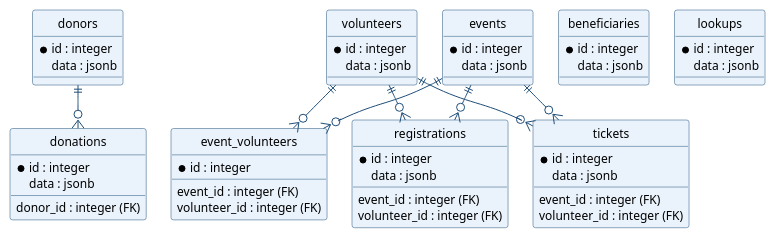
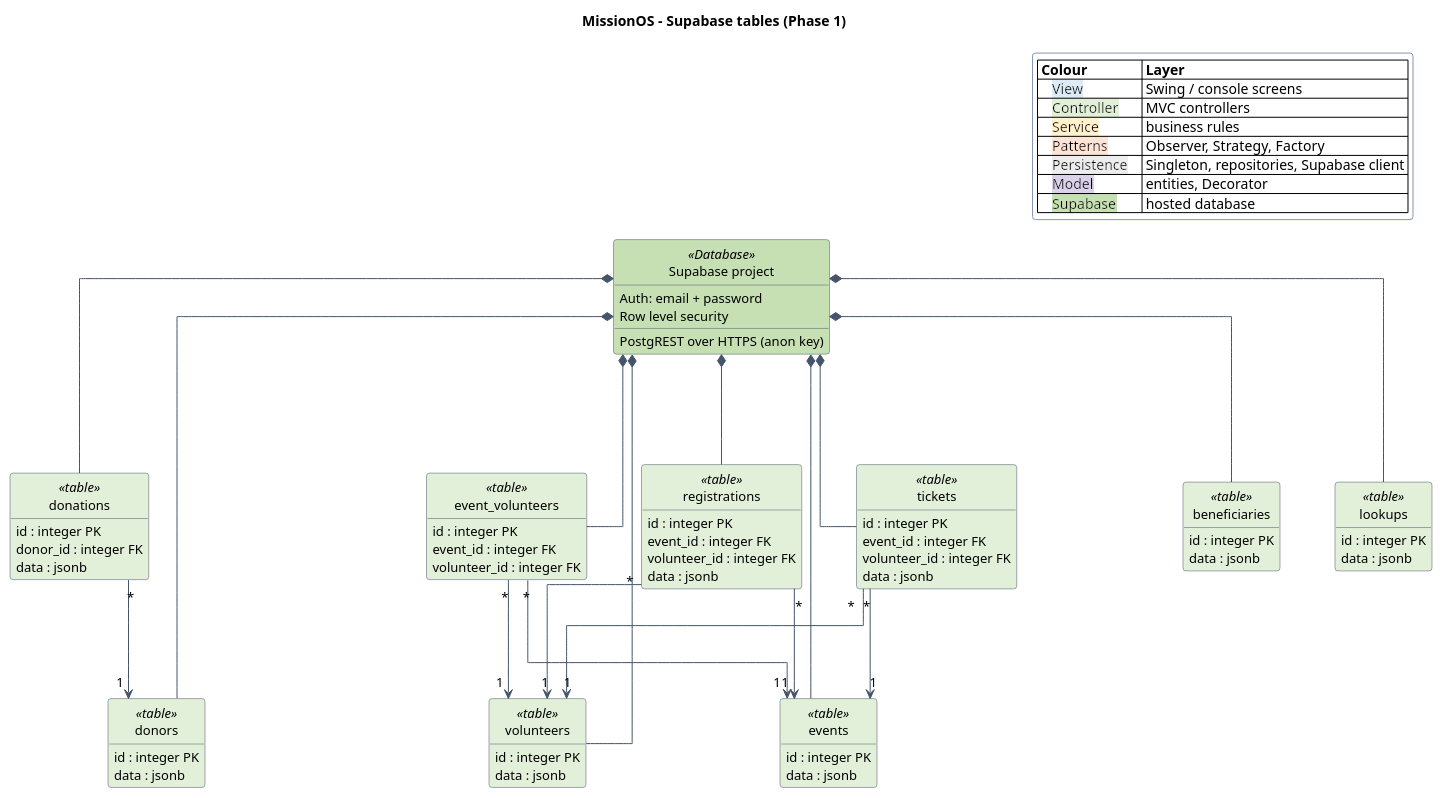
One commit to Zeyad88Gowaily/Design-Patterns-Project changed the diagram in docs/diagrams/database-tables.puml. Above: the diagram before and after it, drawn with PlantUML. The commit also changed 12 other files, not shown here.

Commit message:
Match sub diagrams to the full diagram, update SRS, remove extra markdown files

```diff
--- a/docs/diagrams/database-tables.puml
+++ b/docs/diagrams/database-tables.puml
@@ -1,60 +1,93 @@
 @startuml
+title MissionOS - Supabase tables (Phase 1)
 skinparam shadowing false
 skinparam defaultFontName Calibri
-skinparam defaultFontSize 12
-skinparam nodesep 25
-skinparam ranksep 35
-skinparam ClassBackgroundColor #EAF3FB
-skinparam ClassBorderColor #1F4E79
-skinparam ArrowColor #1F4E79
+skinparam defaultFontSize 13
+skinparam classAttributeIconSize 0
+skinparam roundCorner 6
+skinparam nodesep 55
+skinparam ranksep 110
+skinparam linetype ortho
+skinparam ArrowColor #44546A
+skinparam ClassBorderColor #44546A
+skinparam LegendBackgroundColor #FFFFFF
+skinparam LegendBorderColor #8497B0
 hide circle
-entity donors {
-  *id : integer
+hide empty members
+
+legend top right
+  |= Colour |= Layer |
+  | <back:#DDEBF7>   View   </back> | Swing / console screens |
+  | <back:#E2F0D9>   Controller   </back> | MVC controllers |
+  | <back:#FFF2CC>   Service   </back> | business rules |
+  | <back:#FCE4D6>   Patterns   </back> | Observer, Strategy, Factory |
+  | <back:#EDEDED>   Persistence   </back> | Singleton, repositories, Supabase client |
+  | <back:#D9D2E9>   Model   </back> | entities, Decorator |
+  | <back:#C6E0B4>   Supabase   </back> | hosted database |
+endlegend
+
+class "Supabase project" as Supabase <<Database>> #C6E0B4 {
+  Auth: email + password
+  PostgREST over HTTPS (anon key)
+  Row level security
+}
+class "donors" as T_donors <<table>> #E2F0D9 {
+  id : integer PK
   data : jsonb
 }
-entity donations {
-  *id : integer
-  donor_id : integer (FK)
+class "donations" as T_donations <<table>> #E2F0D9 {
+  id : integer PK
+  donor_id : integer FK
   data : jsonb
 }
-entity volunteers {
-  *id : integer
+class "volunteers" as T_volunteers <<table>> #E2F0D9 {
+  id : integer PK
   data : jsonb
 }
-entity events {
-  *id : integer
+class "events" as T_events <<table>> #E2F0D9 {
+  id : integer PK
   data : jsonb
 }
-entity event_volunteers {
-  *id : integer
-  event_id : integer (FK)
-  volunteer_id : integer (FK)
+class "event_volunteers" as T_event_volunteers <<table>> #E2F0D9 {
+  id : integer PK
+  event_id : integer FK
+  volunteer_id : integer FK
 }
-entity registrations {
-  *id : integer
-  event_id : integer (FK)
-  volunteer_id : integer (FK)
+class "registrations" as T_registrations <<table>> #E2F0D9 {
+  id : integer PK
+  event_id : integer FK
+  volunteer_id : integer FK
   data : jsonb
 }
-entity tickets {
-  *id : integer
-  event_id : integer (FK)
-  volunteer_id : integer (FK)
+class "tickets" as T_tickets <<table>> #E2F0D9 {
+  id : integer PK
+  event_id : integer FK
+  volunteer_id : integer FK
   data : jsonb
 }
-entity beneficiaries {
-  *id : integer
+class "beneficiaries" as T_beneficiaries <<table>> #E2F0D9 {
+  id : integer PK
   data : jsonb
 }
-entity lookups {
-  *id : integer
+class "lookups" as T_lookups <<table>> #E2F0D9 {
+  id : integer PK
   data : jsonb
 }
-donors ||--o{ donations
-events ||--o{ event_volunteers
-volunteers ||--o{ event_volunteers
-events ||--o{ registrations
-volunteers ||--o{ registrations
-events ||--o{ tickets
-volunteers ||--o{ tickets
+
+Supabase *-- T_donors
+Supabase *-- T_donations
+Supabase *-- T_volunteers
+Supabase *-- T_events
+Supabase *-- T_event_volunteers
+Supabase *-- T_registrations
+Supabase *-- T_tickets
+Supabase *-- T_beneficiaries
+Supabase *-- T_lookups
+T_donations "*" --> "1" T_donors
+T_event_volunteers "*" --> "1" T_events
+T_event_volunteers "*" --> "1" T_volunteers
+T_registrations "*" --> "1" T_events
+T_registrations "*" --> "1" T_volunteers
+T_tickets "*" --> "1" T_events
+T_tickets "*" --> "1" T_volunteers
 @enduml
```
